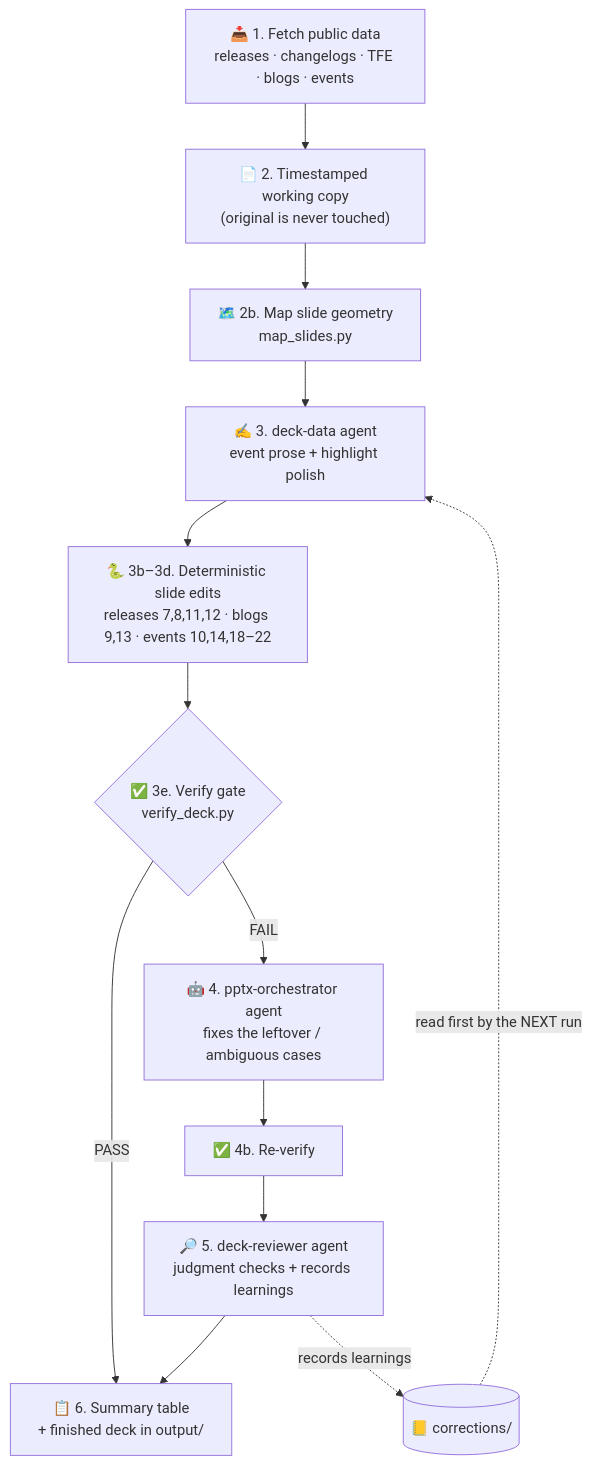
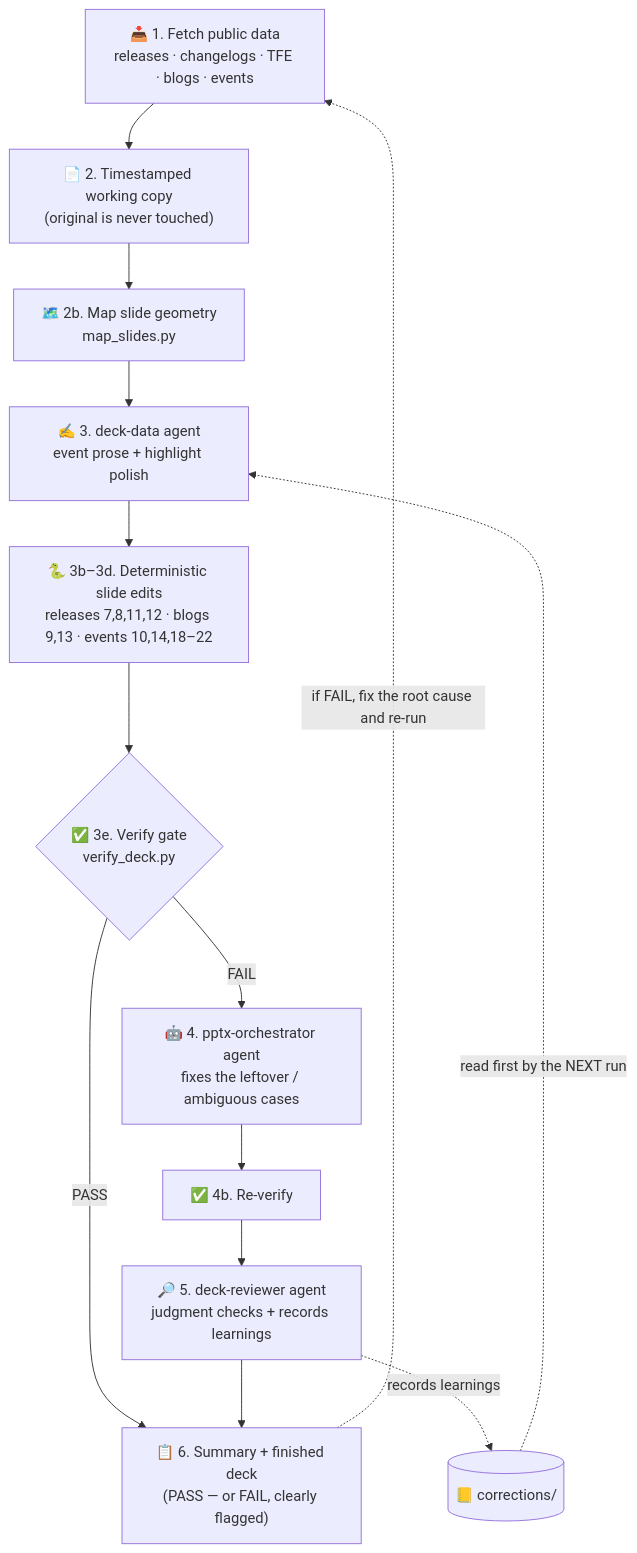
One commit to nikitastetskiy/agentic-clm changed the second of 2 diagrams in README.md. Above: the diagram before and after it, drawn with Mermaid. The commit also changed other lines of this file, not shown here.

First line of the commit message:
docs(README): be honest that a single run can end FAIL; loop is the operator's

````diff
--- a/README.md
+++ b/README.md
@@ -216,15 +216,16 @@
 ```mermaid
 flowchart TD
     A["📥 1. Fetch public data<br/>releases · changelogs · TFE · blogs · events"] --> B["📄 2. Timestamped working copy<br/>(original is never touched)"]
     B --> C["🗺️ 2b. Map slide geometry<br/>map_slides.py"]
     C --> D["✍️ 3. deck-data agent<br/>event prose + highlight polish"]
     D --> E["🐍 3b–3d. Deterministic slide edits<br/>releases 7,8,11,12 · blogs 9,13 · events 10,14,18–22"]
     E --> F{"✅ 3e. Verify gate<br/>verify_deck.py"}
-    F -->|PASS| Z["📋 6. Summary table<br/>+ finished deck in output/"]
+    F -->|PASS| Z["📋 6. Summary + finished deck<br/>(PASS — or FAIL, clearly flagged)"]
     F -->|FAIL| G["🤖 4. pptx-orchestrator agent<br/>fixes the leftover / ambiguous cases"]
     G --> H["✅ 4b. Re-verify"]
     H --> R["🔎 5. deck-reviewer agent<br/>judgment checks + records learnings"]
     R --> Z
     R -. records learnings .-> L[("📒 corrections/")]
     L -. read first by the NEXT run .-> D
+    Z -. if FAIL, fix the root cause and re-run .-> A
 ```
````
